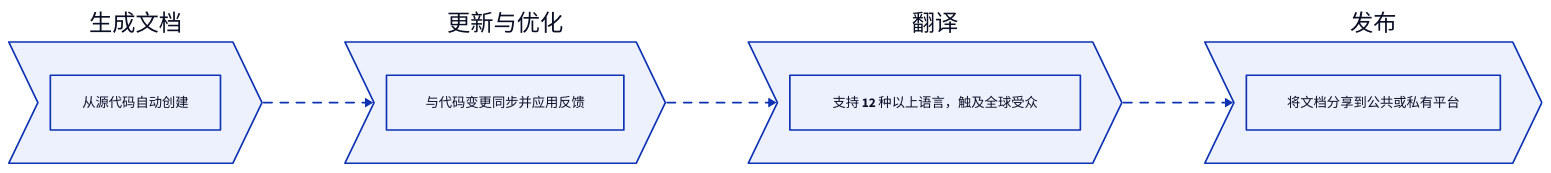
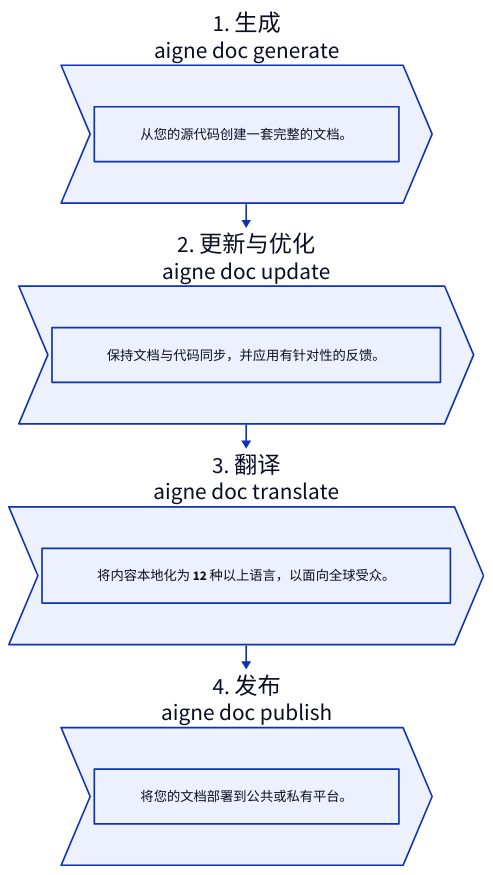
One commit to AIGNE-io/aigne-doc-smith changed the diagram in docs/features.zh.md. Above: the diagram before and after it, drawn with D2. The commit also changed other lines of this file and 35 other files, not shown here.

````diff
--- a/docs/features.zh.md
+++ b/docs/features.zh.md
@@ -11,27 +11,29 @@
 ```d2
-direction: right
+direction: down
 
-"生成文档": {
+Generate: {
+  label: "1. 生成\naigne doc generate"
   shape: step
-  description: "从源代码自动创建"
+  description: "从您的源代码创建一套完整的文档。"
 }
 
-"更新与优化": {
+Refine: {
+  label: "2. 更新与优化\naigne doc update"
   shape: step
-  description: "与代码变更同步并应用反馈"
+  description: "保持文档与代码同步，并应用有针对性的反馈。"
 }
 
-"翻译": {
+Translate: {
+  label: "3. 翻译\naigne doc translate"
   shape: step
-  description: "支持 12 种以上语言，触及全球受众"
+  description: "将内容本地化为 12 种以上语言，以面向全球受众。"
 }
 
-"发布": {
+Publish: {
+  label: "4. 发布\naigne doc publish"
   shape: step
-  description: "将文档分享到公共或私有平台"
+  description: "将您的文档部署到公共或私有平台。"
 }
 
-"生成文档" -> "更新与优化" -> "翻译" -> "发布" {
-  style.animated: true
-}
+Generate -> Refine -> Translate -> Publish
 ```
````
